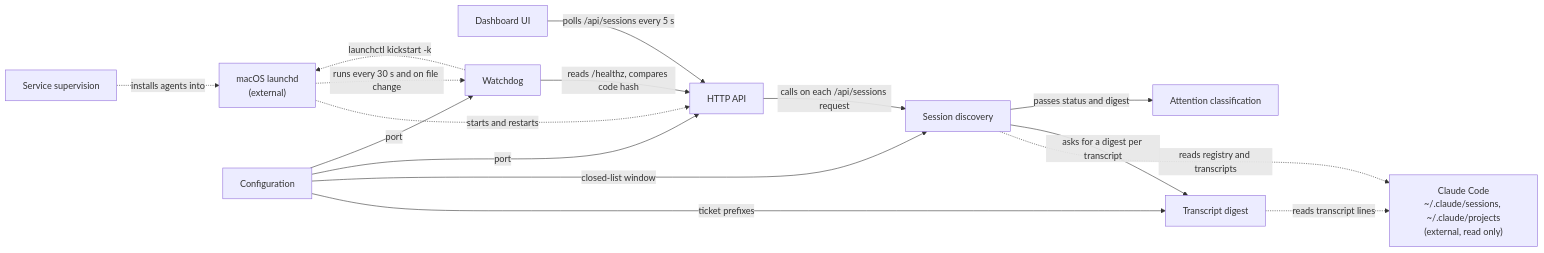
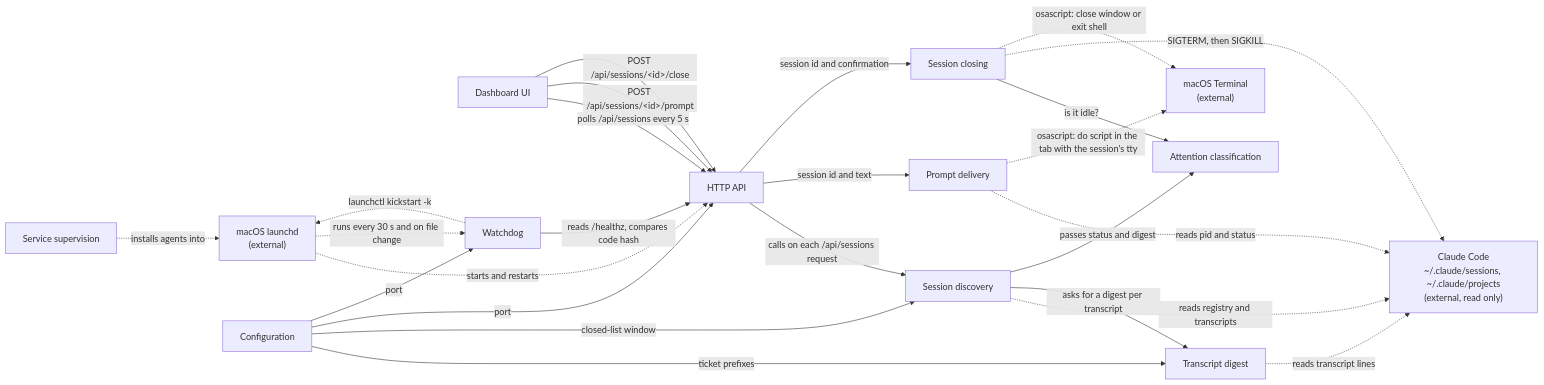
The diagram in design/README.md (dbryar/claude-dash), drawn with Mermaid before and after one commit. The commit also changed other lines of this file and 9 other files, not shown here.

First line of the commit message:
Reply to and close sessions from the dashboard

````diff
--- a/design/README.md
+++ b/design/README.md
@@ -28,30 +30,42 @@
 ```mermaid
 flowchart LR
     cc["Claude Code<br/>~/.claude/sessions, ~/.claude/projects<br/>(external, read only)"]
     launchd["macOS launchd<br/>(external)"]
 
     config["Configuration"]
     discovery["Session discovery"]
     digest["Transcript digest"]
     attention["Attention classification"]
     api["HTTP API"]
     ui["Dashboard UI"]
     supervision["Service supervision"]
     watchdog["Watchdog"]
+    delivery["Prompt delivery"]
+    closing["Session closing"]
+    terminal["macOS Terminal<br/>(external)"]
 
     discovery -.->|"reads registry and transcripts"| cc
     digest -.->|"reads transcript lines"| cc
     discovery -->|"asks for a digest per transcript"| digest
     discovery -->|"passes status and digest"| attention
     config -->|"ticket prefixes"| digest
     config -->|"closed-list window"| discovery
     config -->|"port"| api
     config -->|"port"| watchdog
     api -->|"calls on each /api/sessions request"| discovery
     ui -->|"polls /api/sessions every 5 s"| api
+    ui -->|"POST /api/sessions/&lt;id&gt;/prompt"| api
+    api -->|"session id and text"| delivery
+    ui -->|"POST /api/sessions/&lt;id&gt;/close"| api
+    api -->|"session id and confirmation"| closing
+    closing -->|"is it idle?"| attention
+    closing -.->|"SIGTERM, then SIGKILL"| cc
+    closing -.->|"osascript: close window or exit shell"| terminal
+    delivery -.->|"reads pid and status"| cc
+    delivery -.->|"osascript: do script in the tab with the session's tty"| terminal
     supervision -.->|"installs agents into"| launchd
     launchd -.->|"starts and restarts"| api
     launchd -.->|"runs every 30 s and on file change"| watchdog
     watchdog -->|"reads /healthz, compares code hash"| api
     watchdog -.->|"launchctl kickstart -k"| launchd
 ```
````
